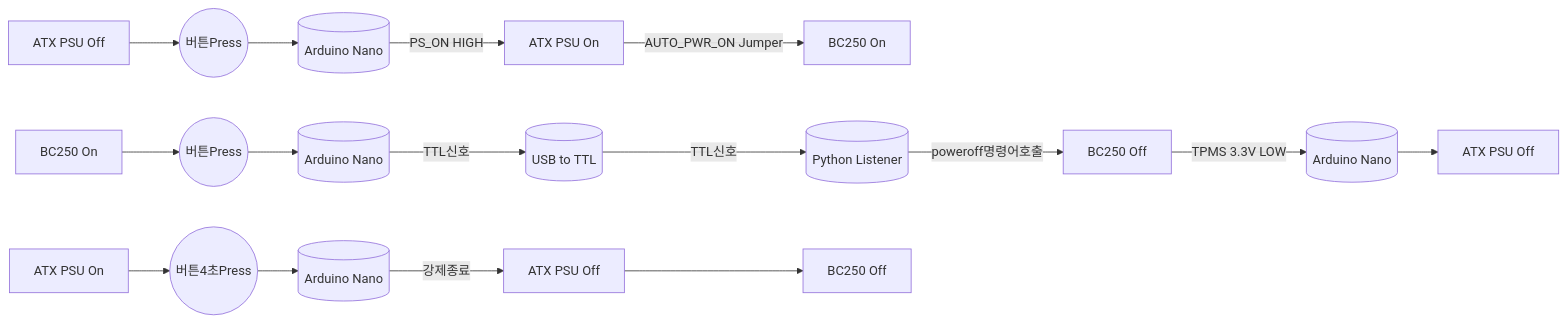
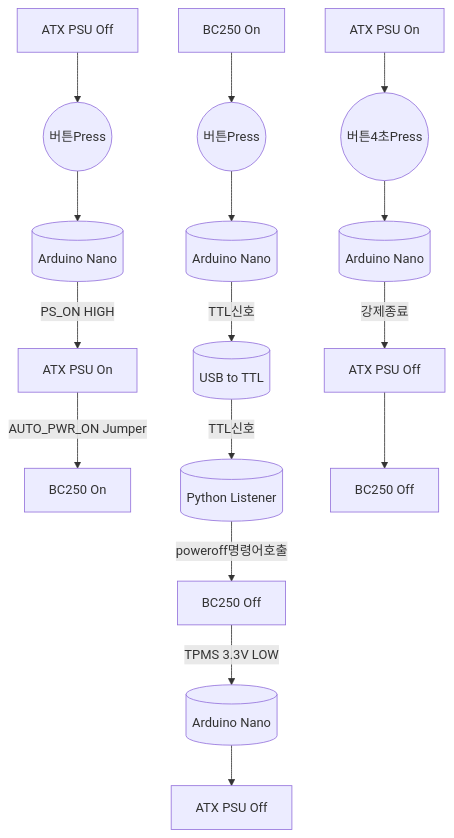
Before and after one commit to coolsolgit/BC250-ATX-PSU-Control: the first of 2 diagrams in README.md, drawn with Mermaid.

````diff
--- a/README.md
+++ b/README.md
@@ -24,18 +24,18 @@
 ```mermaid
-flowchart LR
+flowchart TD
 A1[ATX PSU Off] --> B1((버튼Press))
   B1 --> C1[(Arduino Nano)]
   C1 -->|PS_ON HIGH| D1[ATX PSU On]
   D1 -->|AUTO_PWR_ON Jumper| E1[BC250 On]
 A2[BC250 On] --> B2((버튼Press))
   B2 --> C2[(Arduino Nano)]
   C2 -->|TTL신호| D2[(USB to TTL)]
   D2 -->|TTL신호| E2[(Python Listener)]
   E2 -->|poweroff명령어호출| F2[BC250 Off]
   F2 -->|TPMS 3.3V LOW| G2[(Arduino Nano)]
   G2 --> H2[ATX PSU Off]
 A3[ATX PSU On] --> B3((버튼4초Press))
   B3 --> C3[(Arduino Nano)]
   C3 -->|강제종료| D3[ATX PSU Off]
   D3 --> E3[BC250 Off]
 ```
````
